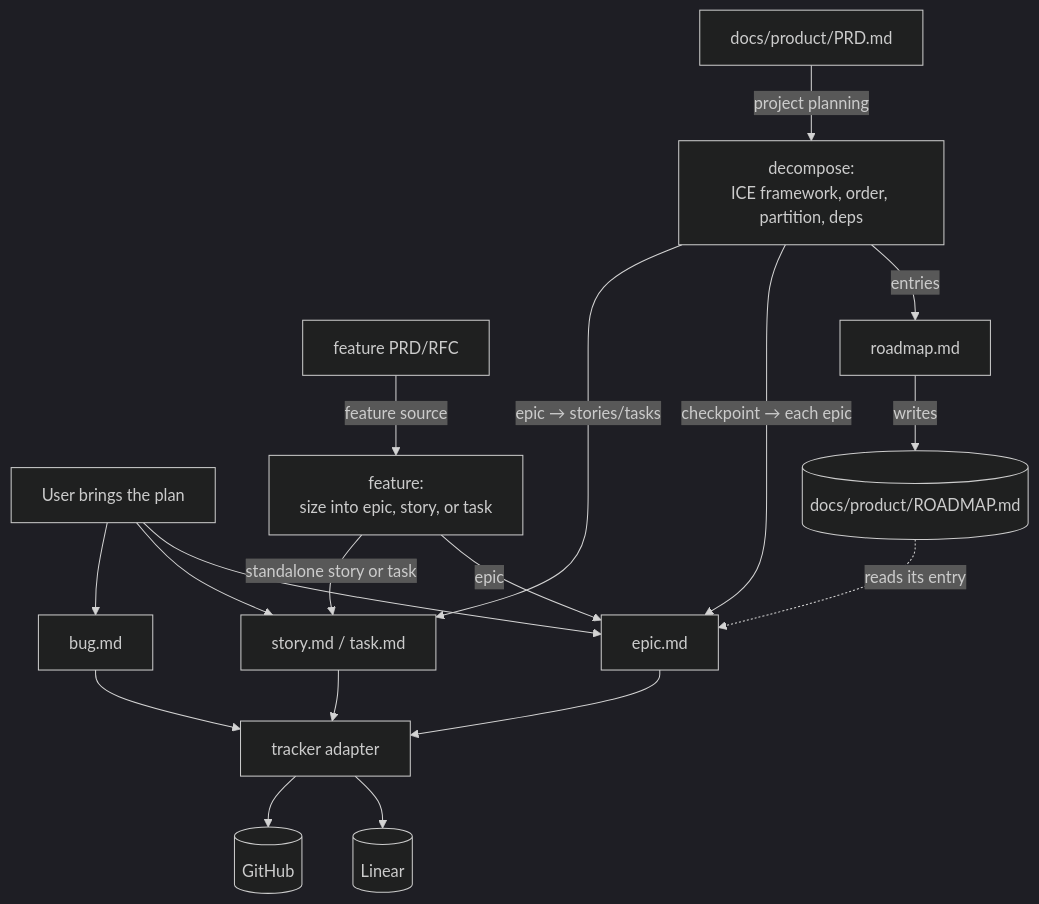
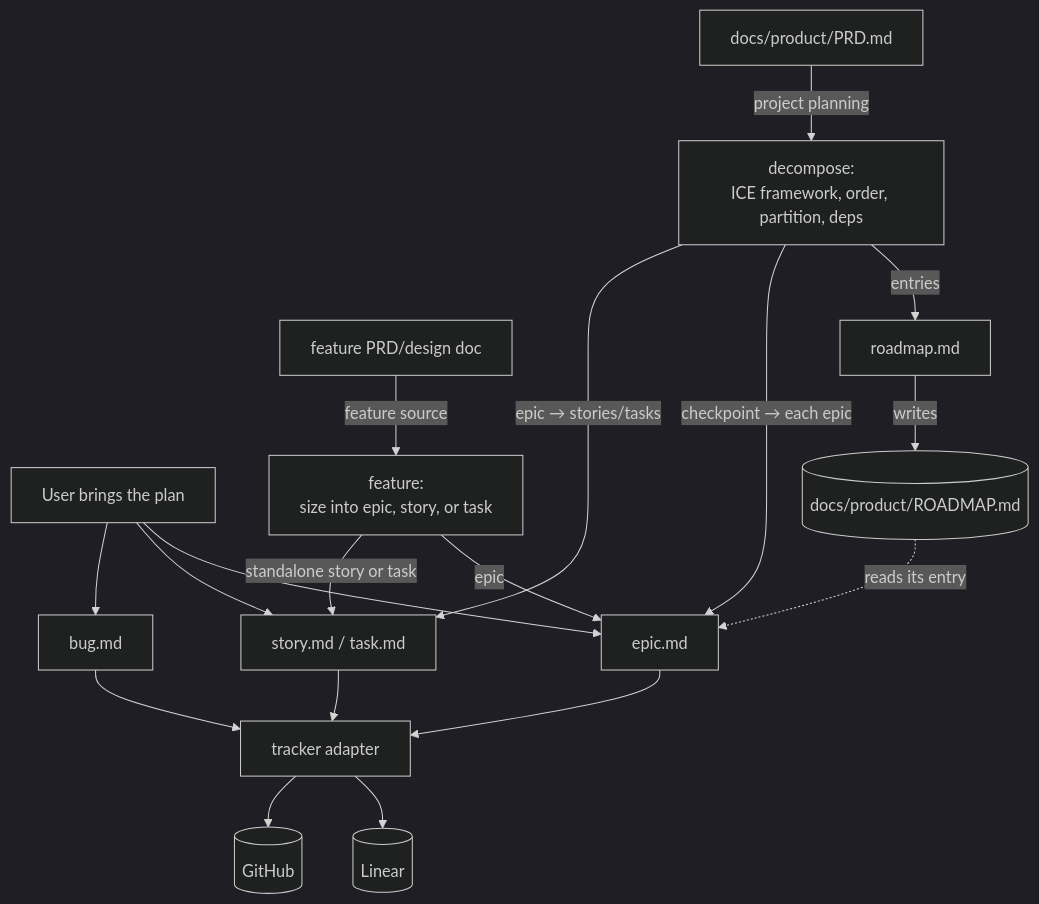
The diagram in skills/product/epic-tracker/README.md (adeonir/agent-skills), drawn with Mermaid (dark theme) before and after one commit. The commit also changed other lines of this file and 11 other files, not shown here.

Commit message:
fix(epic-tracker): read feature design docs and derive epics without journeys or business rules

````diff
--- a/skills/product/epic-tracker/README.md
+++ b/skills/product/epic-tracker/README.md
@@ -7,20 +7,20 @@
 ```mermaid
 flowchart TD
     USER[User brings the plan] --> EP[epic.md]
     USER --> STK[story.md / task.md]
     USER --> BG[bug.md]
     PRD[docs/product/PRD.md] -->|project planning| DEC[decompose:<br>ICE framework, order, partition, deps]
-    FPRD[feature PRD/RFC] -->|feature source| FT[feature:<br>size into epic, story, or task]
+    FPRD[feature PRD/design doc] -->|feature source| FT[feature:<br>size into epic, story, or task]
     FT -->|epic| EP
     FT -->|standalone story or task| STK
     DEC -->|entries| RW[roadmap.md]
     RW -->|writes| RM[(docs/product/ROADMAP.md)]
     DEC -->|checkpoint → each epic| EP
     RM -.reads its entry.-> EP
     DEC -->|epic → stories/tasks| STK
     EP --> SY[tracker adapter]
     STK --> SY
     BG --> SY
     SY --> LN[(Linear)]
     SY --> GH[(GitHub)]
 ```
````
